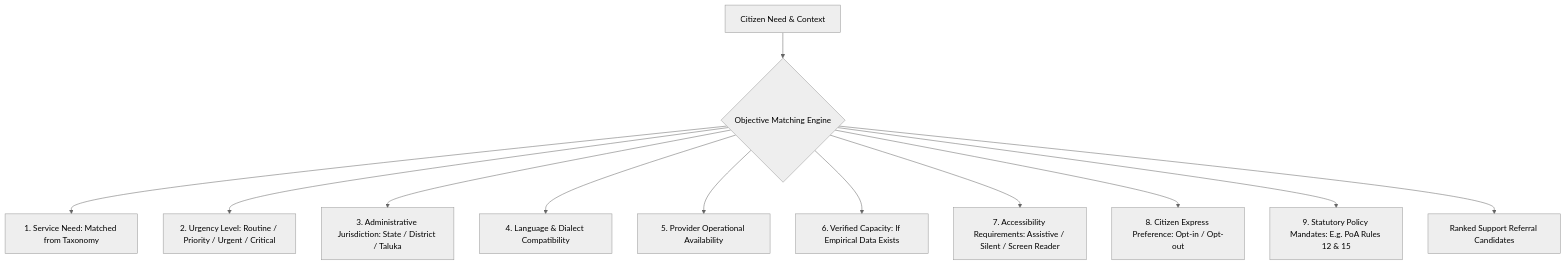
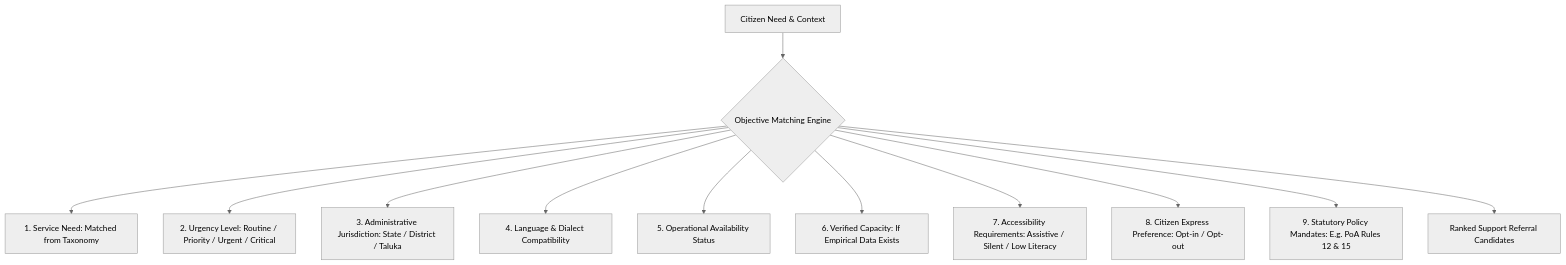
Before and after one commit to Abdulrehman1978/93: the diagram in docs/product/RESOURCE_ROUTING_POLICY.md, drawn with Mermaid (neutral theme). The commit also changed other lines of this file and 18 other files, not shown here.

````diff
--- a/docs/product/RESOURCE_ROUTING_POLICY.md
+++ b/docs/product/RESOURCE_ROUTING_POLICY.md
@@ -25,16 +27,16 @@
 ```mermaid
 graph TD
     CitizenInput[Citizen Need & Context] --> Evaluator{Objective Matching Engine}
     
     Evaluator --> C1[1. Service Need: Matched from Taxonomy]
     Evaluator --> C2[2. Urgency Level: Routine / Priority / Urgent / Critical]
     Evaluator --> C3[3. Administrative Jurisdiction: State / District / Taluka]
     Evaluator --> C4[4. Language & Dialect Compatibility]
-    Evaluator --> C5[5. Provider Operational Availability]
+    Evaluator --> C5[5. Operational Availability Status]
     Evaluator --> C6[6. Verified Capacity: If Empirical Data Exists]
-    Evaluator --> C7[7. Accessibility Requirements: Assistive / Silent / Screen Reader]
+    Evaluator --> C7[7. Accessibility Requirements: Assistive / Silent / Low Literacy]
     Evaluator --> C8[8. Citizen Express Preference: Opt-in / Opt-out]
     Evaluator --> C9[9. Statutory Policy Mandates: E.g. PoA Rules 12 & 15]
     
     Evaluator --> Recommendation[Ranked Support Referral Candidates]
 ```
````
